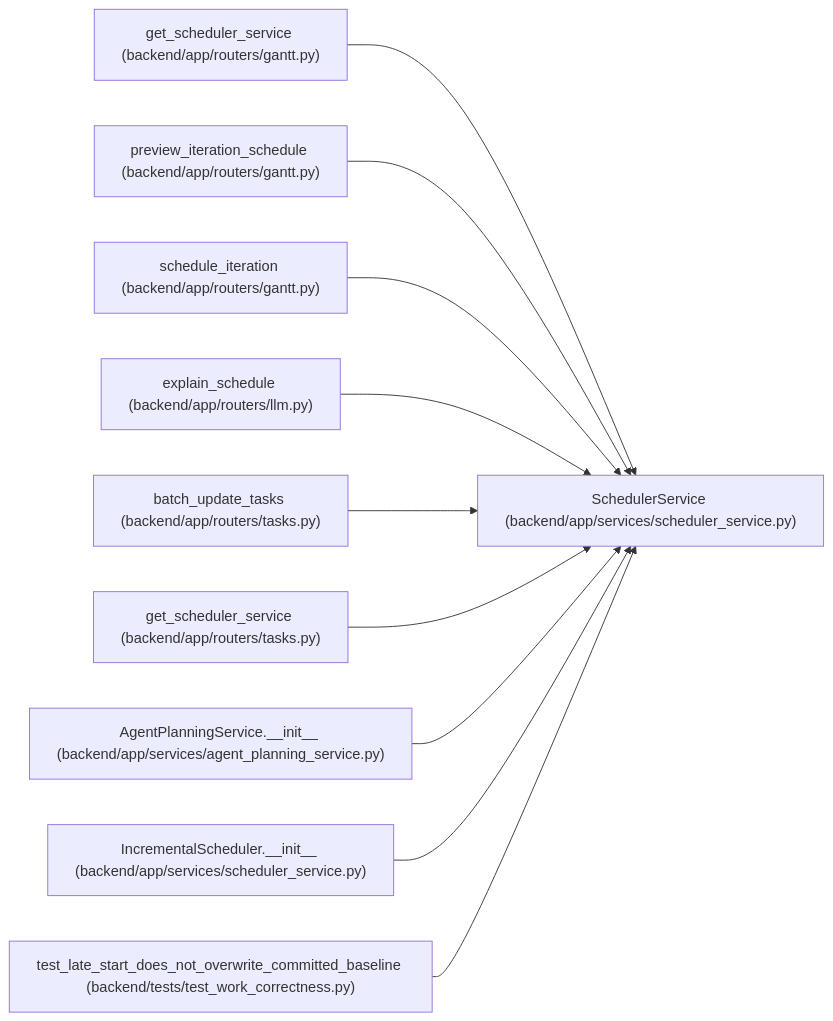
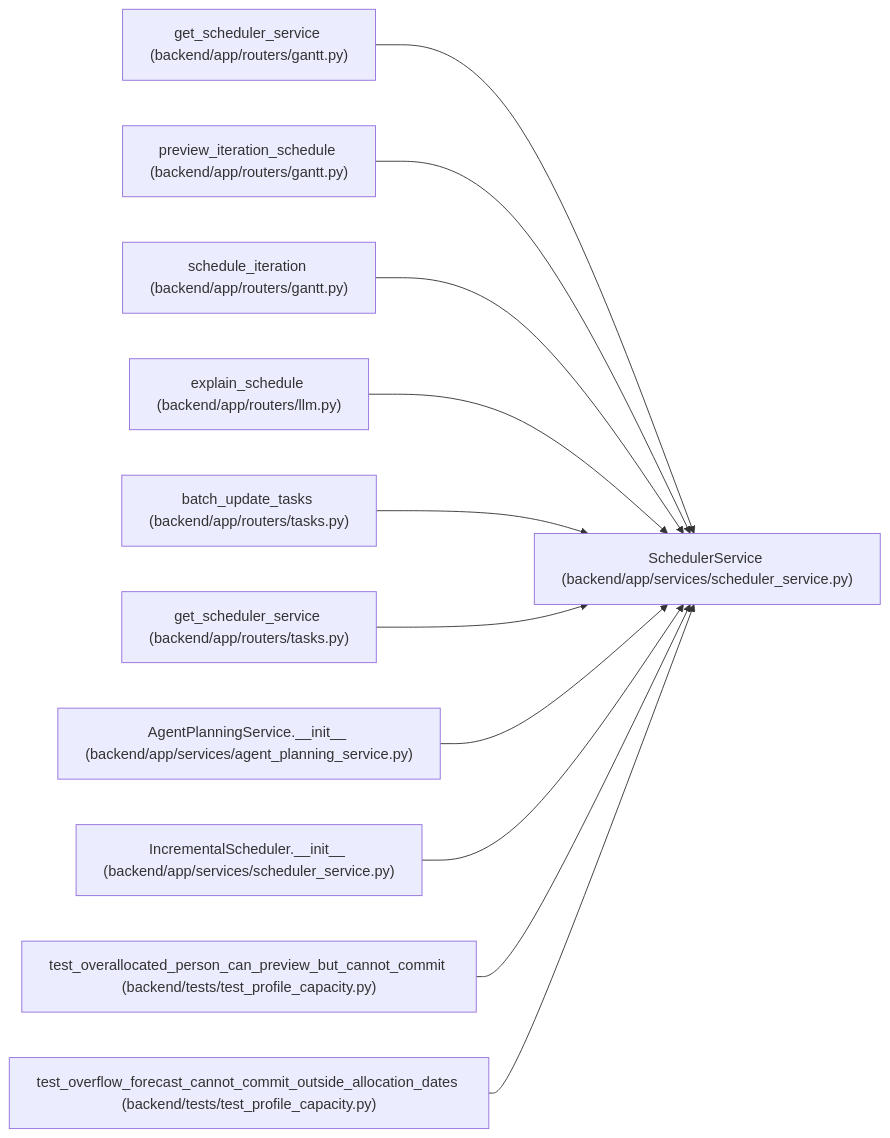
Before and after one commit to Denissvgn/WorkChord: the diagram in docs/llm_wiki/entities/SchedulerService.md, drawn with Mermaid. The commit also changed other lines of this file and 1888 other files, not shown here.

````diff
--- a/docs/llm_wiki/entities/SchedulerService.md
+++ b/docs/llm_wiki/entities/SchedulerService.md
@@ -39,32 +39,35 @@
 ```mermaid
 flowchart LR
     n0["SchedulerService (backend/app/services/scheduler_service.py)"]
     n1["get_scheduler_service (backend/app/routers/gantt.py)"]
     n2["preview_iteration_schedule (backend/app/routers/gantt.py)"]
     n3["schedule_iteration (backend/app/routers/gantt.py)"]
     n4["explain_schedule (backend/app/routers/llm.py)"]
     n5["batch_update_tasks (backend/app/routers/tasks.py)"]
     n6["get_scheduler_service (backend/app/routers/tasks.py)"]
     n7["AgentPlanningService.__init__ (backend/app/services/agent_planning_service.py)"]
     n8["IncrementalScheduler.__init__ (backend/app/services/scheduler_service.py)"]
-    n9["test_late_start_does_not_overwrite_committed_baseline (backend/tests/test_work_correctness.py)"]
+    n9["test_overallocated_person_can_preview_but_cannot_commit (backend/tests/test_profile_capacity.py)"]
+    n10["test_overflow_forecast_cannot_commit_outside_allocation_dates (backend/tests/test_profile_capacity.py)"]
     n1 --> n0
     n2 --> n0
     n3 --> n0
     n4 --> n0
     n5 --> n0
     n6 --> n0
     n7 --> n0
     n8 --> n0
     n9 --> n0
+    n10 --> n0
     click n0 "../modules/scheduler_service.md"
     click n1 "../modules/routers_gantt.md"
     click n2 "../modules/routers_gantt.md"
     click n3 "../modules/routers_gantt.md"
     click n4 "../modules/routers_llm.md"
     click n5 "../modules/tasks.md"
     click n6 "../modules/tasks.md"
     click n7 "../modules/agent_planning_service.md"
     click n8 "../modules/scheduler_service.md"
-    click n9 "../modules/test_work_correctness.md"
+    click n9 "../modules/test_profile_capacity.md"
+    click n10 "../modules/test_profile_capacity.md"
 ```
````
